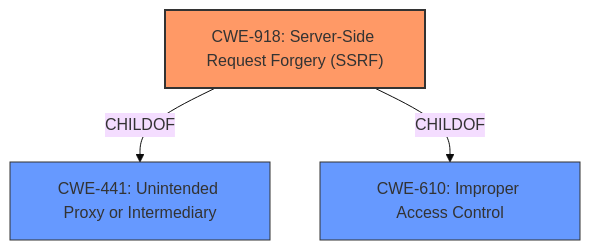
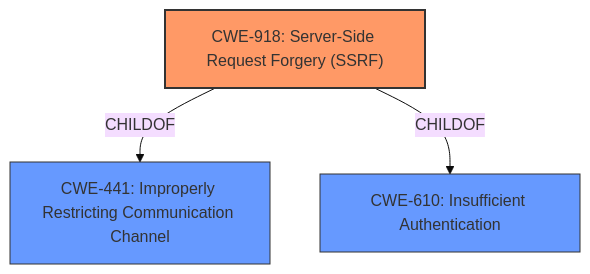
Before and after one commit to CyberSecAI/cwe_agent_assign_reports_2023: the diagram in CVE-2021-27103/CVE-2021-27103_analysis.md, drawn with Mermaid (base theme). The commit also changed other lines of this file and 902 other files, not shown here.

````diff
--- a/CVE-2021-27103/CVE-2021-27103_analysis.md
+++ b/CVE-2021-27103/CVE-2021-27103_analysis.md
@@ -16,14 +16,15 @@
 ```mermaid
 graph TD
     cwe918["CWE-918: Server-Side Request Forgery (SSRF)"]
-    cwe441["CWE-441: Unintended Proxy or Intermediary"]
-    cwe610["CWE-610: Improper Access Control"]
-
+    cwe441["CWE-441: Improperly Restricting Communication Channel"]
+    cwe610["CWE-610: Insufficient Authentication"]
+    
     cwe918 -->|CHILDOF| cwe441
     cwe918 -->|CHILDOF| cwe610
-
+    
     classDef primary fill:#f96,stroke:#333,stroke-width:2px
     classDef secondary fill:#69f,stroke:#333
+    classDef tertiary fill:#9e9,stroke:#333
     class cwe918 primary
     class cwe441,cwe610 secondary
 ```
````
